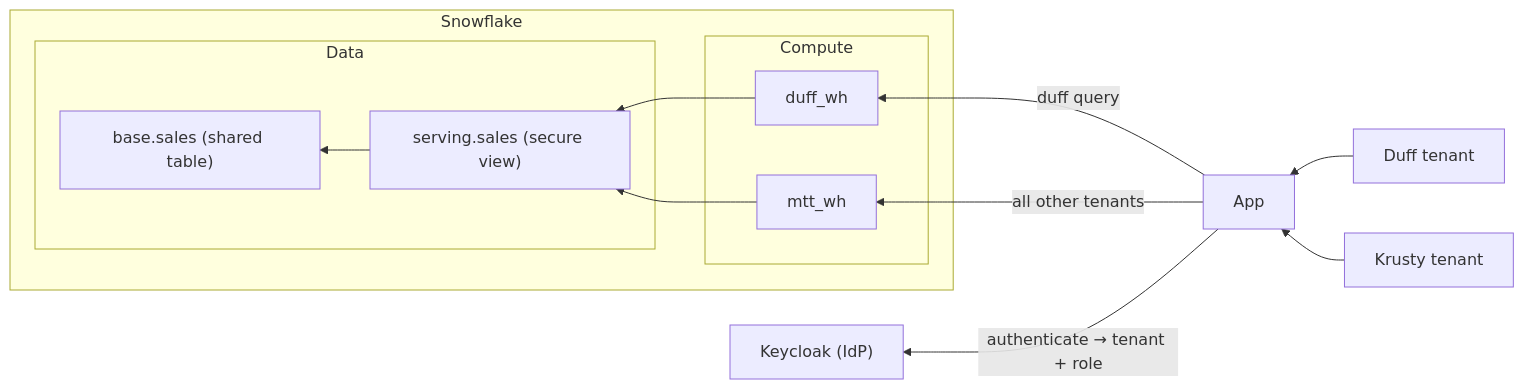
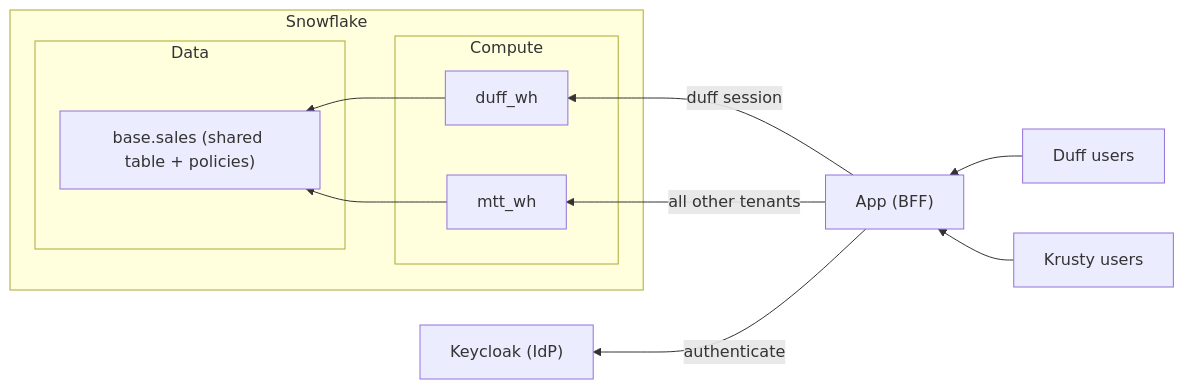
The diagram in mtt/docs/01_variation_noisy_neighbor.md (sfc-gh-rdominguez/snowflake-mutlitenant-patterns), drawn with Mermaid before and after one commit. The commit also changed other lines of this file and 52 other files, not shown here.

````diff
--- a/mtt/docs/01_variation_noisy_neighbor.md
+++ b/mtt/docs/01_variation_noisy_neighbor.md
@@ -14,21 +13,20 @@
 ```mermaid
 flowchart RL
-    duff["Duff tenant"] --> app
-    krusty["Krusty tenant"] --> app
-    app["App"] -->|"authenticate → tenant + role"| idp["Keycloak (IdP)"]
-    app -->|"duff query"| duff-wh
+    duff["Duff users"] --> app
+    krusty["Krusty users"] --> app
+    app["App (BFF)"] -->|"authenticate"| idp["Keycloak (IdP)"]
+    app -->|"duff session"| duff-wh
     app -->|"all other tenants"| mtt-wh
 
     subgraph snowflake["Snowflake"]
         subgraph compute["Compute"]
             duff-wh["duff_wh"]
             mtt-wh["mtt_wh"]
         end
         subgraph data["Data"]
-            view["serving.sales (secure view)"] --> sales["base.sales (shared table)"]
+            sales["base.sales (shared table + policies)"]
         end
-
-            duff-wh --> view
-            mtt-wh --> view
+        duff-wh --> sales
+        mtt-wh --> sales
     end
 ```
````
